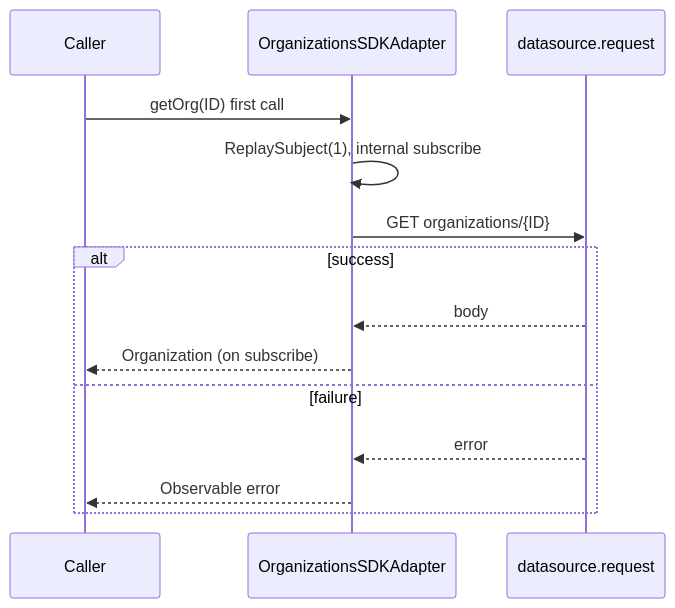
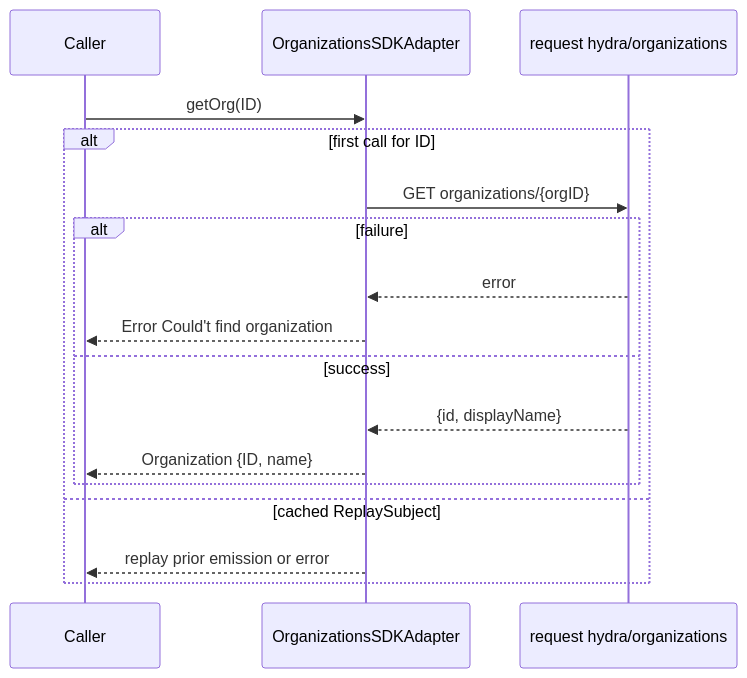
One commit to webex/sdk-component-adapter changed the second of 3 diagrams in src/ai-docs/organizations-sdk-adapter-spec.md. Above: the diagram before and after it, drawn with Mermaid. The commit also changed other lines of this file and 13 other files, not shown here.

````diff
--- a/src/ai-docs/organizations-sdk-adapter-spec.md
+++ b/src/ai-docs/organizations-sdk-adapter-spec.md
@@ -110,17 +109,20 @@
 ```mermaid
 sequenceDiagram
   participant Caller
   participant Adapter as OrganizationsSDKAdapter
-  participant Hydra as datasource.request
+  participant Hydra as request hydra/organizations
 
-  Caller->>Adapter: getOrg(ID) first call
-  Adapter->>Adapter: ReplaySubject(1), internal subscribe
-  Adapter->>Hydra: GET organizations/{ID}
-  alt success
-    Hydra-->>Adapter: body
-    Adapter-->>Caller: Organization (on subscribe)
-  else failure
-    Hydra-->>Adapter: error
-    Adapter-->>Caller: Observable error
+  Caller->>Adapter: getOrg(ID)
+  alt first call for ID
+    Adapter->>Hydra: GET organizations/{orgID}
+    alt failure
+      Hydra-->>Adapter: error
+      Adapter-->>Caller: Error Could't find organization
+    else success
+      Hydra-->>Adapter: {id, displayName}
+      Adapter-->>Caller: Organization {ID, name}
+    end
+  else cached ReplaySubject
+    Adapter-->>Caller: replay prior emission or error
   end
 ```
````
